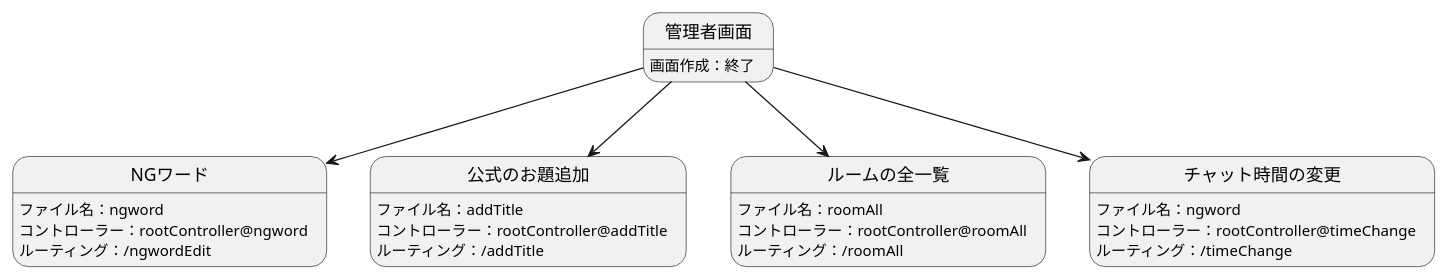
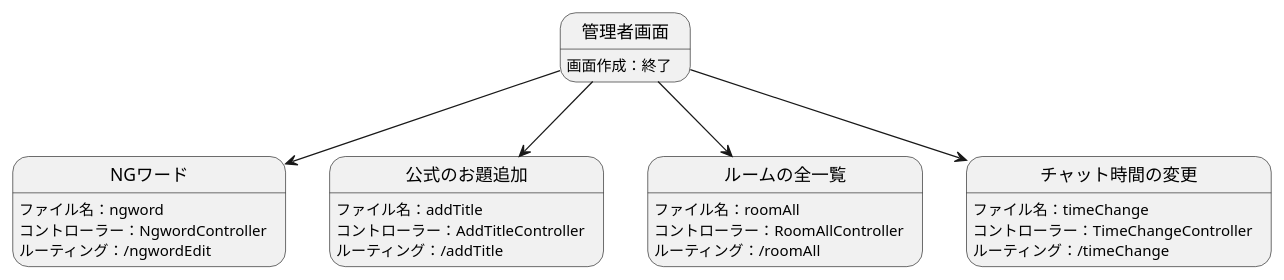
The diagram in チーム開発/担当.md (Aso2001204/2021sys-design), drawn with PlantUML before and after one commit.

````diff
--- a/チーム開発/担当.md
+++ b/チーム開発/担当.md
@@ -2,25 +2,25 @@
 ```uml
 @startuml
 
 管理者画面 --> NGワード
 管理者画面:画面作成：終了
 NGワード:ファイル名：ngword
-NGワード:コントローラー：rootController@ngword
+NGワード:コントローラー：NgwordController
 NGワード:ルーティング：/ngwordEdit
 
 管理者画面 --> 公式のお題追加
 公式のお題追加:ファイル名：addTitle
-公式のお題追加:コントローラー：rootController@addTitle
+公式のお題追加:コントローラー：AddTitleController
 公式のお題追加:ルーティング：/addTitle
 
 管理者画面 --> ルームの全一覧
 ルームの全一覧:ファイル名：roomAll
-ルームの全一覧:コントローラー：rootController@roomAll
+ルームの全一覧:コントローラー：RoomAllController
 ルームの全一覧:ルーティング：/roomAll
 
 管理者画面 --> チャット時間の変更
-チャット時間の変更:ファイル名：ngword
-チャット時間の変更:コントローラー：rootController@timeChange
+チャット時間の変更:ファイル名：timeChange
+チャット時間の変更:コントローラー：TimeChangeController
 チャット時間の変更:ルーティング：/timeChange
 @enduml
 ```
````
